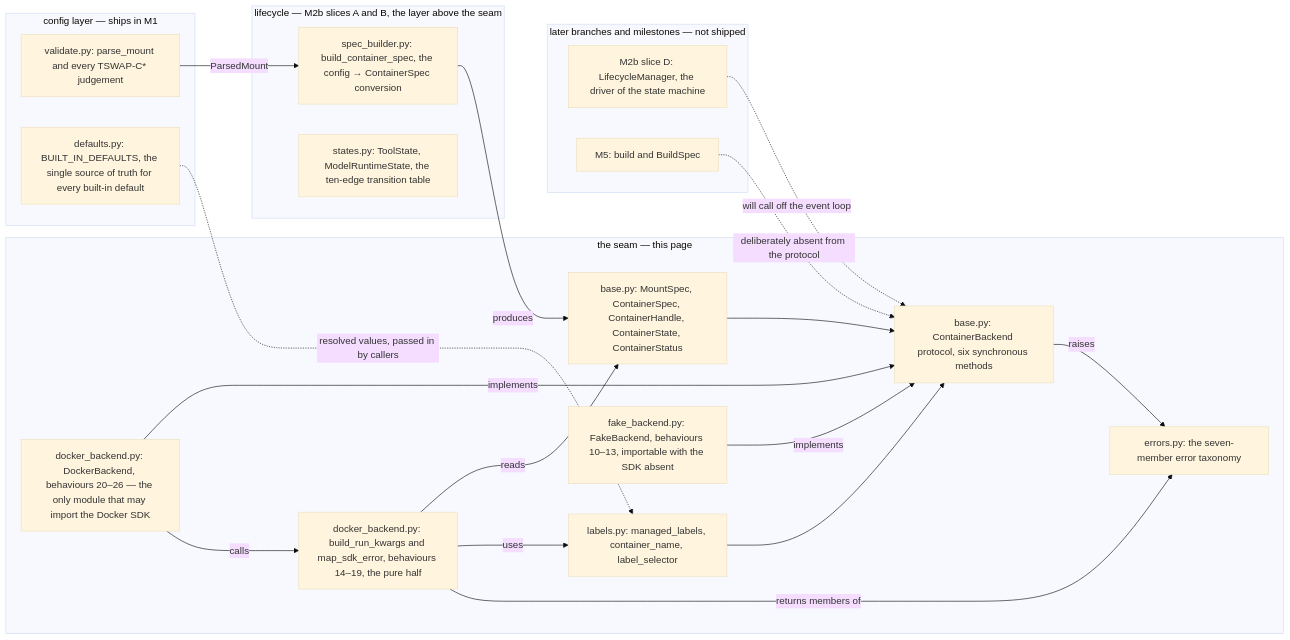
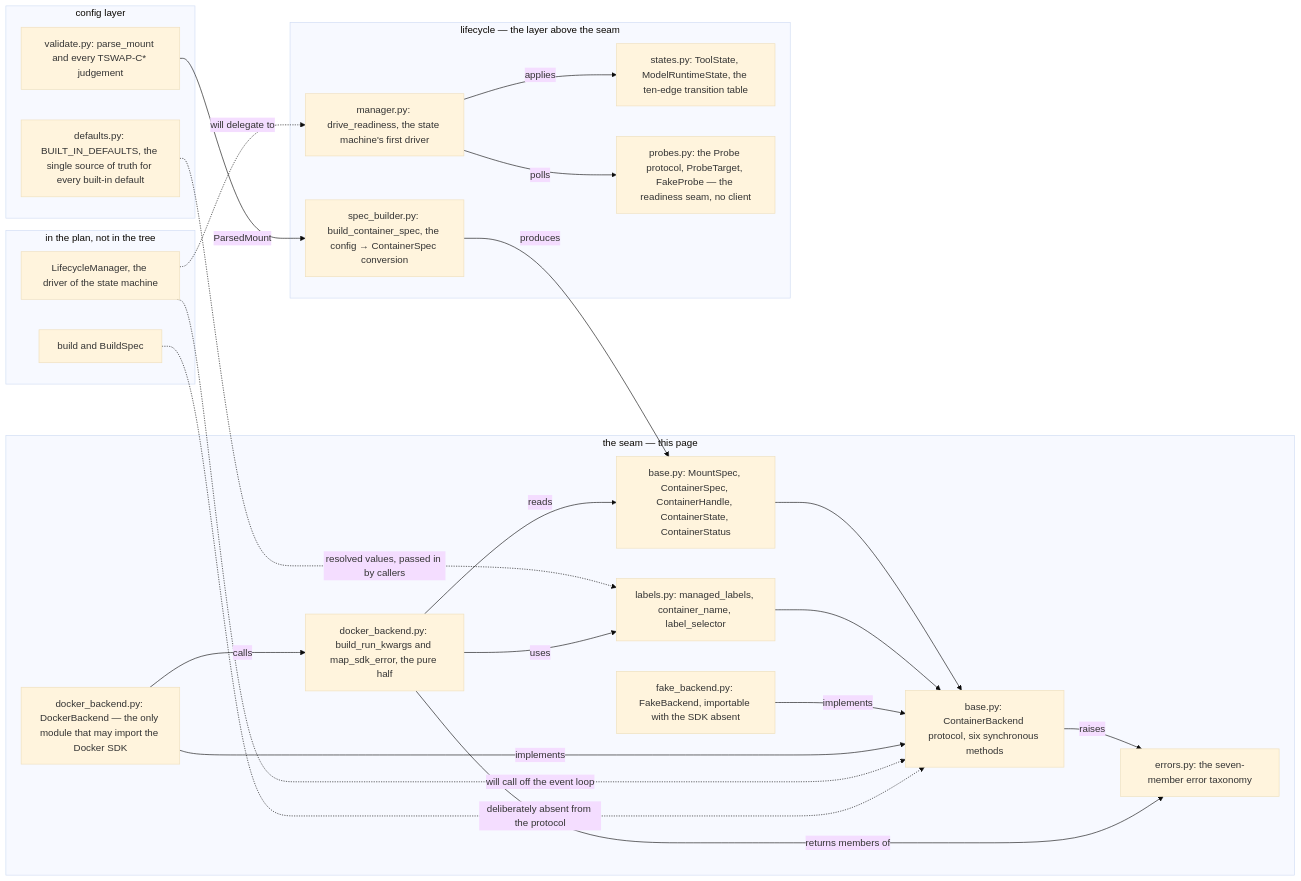
One commit to iar3-r8/tool-swap changed the diagram in docs/backend-seam.md. Above: the diagram before and after it, drawn with Mermaid (base theme). The commit also changed other lines of this file and 16 other files, not shown here.

First line of the commit message:
M2b part 3 — the readiness probe seam and the STARTING → LOADING → READY progression (#17)

````diff
--- a/docs/backend-seam.md
+++ b/docs/backend-seam.md
@@ -46,38 +44,43 @@
 ```mermaid
 flowchart LR
-    subgraph cfg[config layer — ships in M1]
+    subgraph cfg[config layer]
         VAL[validate.py: parse_mount and every TSWAP-C* judgement]
         DEF[defaults.py: BUILT_IN_DEFAULTS, the single source of truth for every built-in default]
     end
     subgraph seam[the seam — this page]
         TYPES[base.py: MountSpec, ContainerSpec, ContainerHandle, ContainerState, ContainerStatus]
         HELPER[labels.py: managed_labels, container_name, label_selector]
         PROTO[base.py: ContainerBackend protocol, six synchronous methods]
         ERR[errors.py: the seven-member error taxonomy]
-        FAKE[fake_backend.py: FakeBackend, behaviours 10–13, importable with the SDK absent]
-        DOCK[docker_backend.py: DockerBackend, behaviours 20–26 — the only module that may import the Docker SDK]
-        DOCKT[docker_backend.py: build_run_kwargs and map_sdk_error, behaviours 14–19, the pure half]
+        FAKE[fake_backend.py: FakeBackend, importable with the SDK absent]
+        DOCK[docker_backend.py: DockerBackend — the only module that may import the Docker SDK]
+        DOCKT[docker_backend.py: build_run_kwargs and map_sdk_error, the pure half]
     end
-    subgraph lifc[lifecycle — M2b slices A and B, the layer above the seam]
+    subgraph lifc[lifecycle — the layer above the seam]
         SPEC[spec_builder.py: build_container_spec, the config → ContainerSpec conversion]
         STATES[states.py: ToolState, ModelRuntimeState, the ten-edge transition table]
+        PROBE[probes.py: the Probe protocol, ProbeTarget, FakeProbe — the readiness seam, no client]
+        MANAGE[manager.py: drive_readiness, the state machine's first driver]
     end
-    subgraph future[later branches and milestones — not shipped]
-        LIFE[M2b slice D: LifecycleManager, the driver of the state machine]
-        BLD[M5: build and BuildSpec]
+    subgraph future[in the plan, not in the tree]
+        LIFE[LifecycleManager, the driver of the state machine]
+        BLD[build and BuildSpec]
     end
     VAL -->|ParsedMount| SPEC
     SPEC -->|produces| TYPES
     DEF -. "resolved values, passed in by callers" .-> HELPER
     TYPES --> PROTO
     HELPER --> PROTO
     PROTO -->|raises| ERR
     FAKE -->|implements| PROTO
     DOCK -->|implements| PROTO
     DOCK -->|calls| DOCKT
     DOCKT -->|reads| TYPES
     DOCKT -->|uses| HELPER
     DOCKT -->|returns members of| ERR
+    MANAGE -->|applies| STATES
+    MANAGE -->|polls| PROBE
+    LIFE -.->|will delegate to| MANAGE
     LIFE -.->|will call off the event loop| PROTO
     BLD -.->|deliberately absent from the protocol| PROTO
 ```
````
